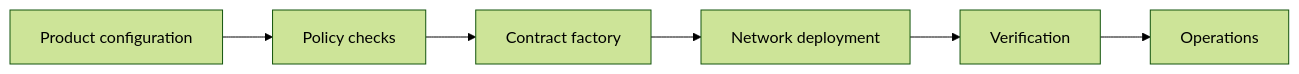
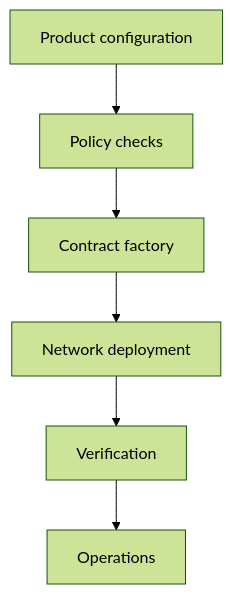
Before and after one commit to J0UH/stablecoin-factory: the diagram in README.md, drawn with Mermaid (forest theme).

Commit message:
docs: build visual project portfolio

````diff
--- a/README.md
+++ b/README.md
@@ -26,14 +26,14 @@
 ```mermaid
-flowchart LR
+flowchart TD
     n0["Product configuration"]
     n1["Policy checks"]
     n2["Contract factory"]
     n3["Network deployment"]
     n4["Verification"]
     n5["Operations"]
     n0 --> n1
     n1 --> n2
     n2 --> n3
     n3 --> n4
     n4 --> n5
 ```
````
